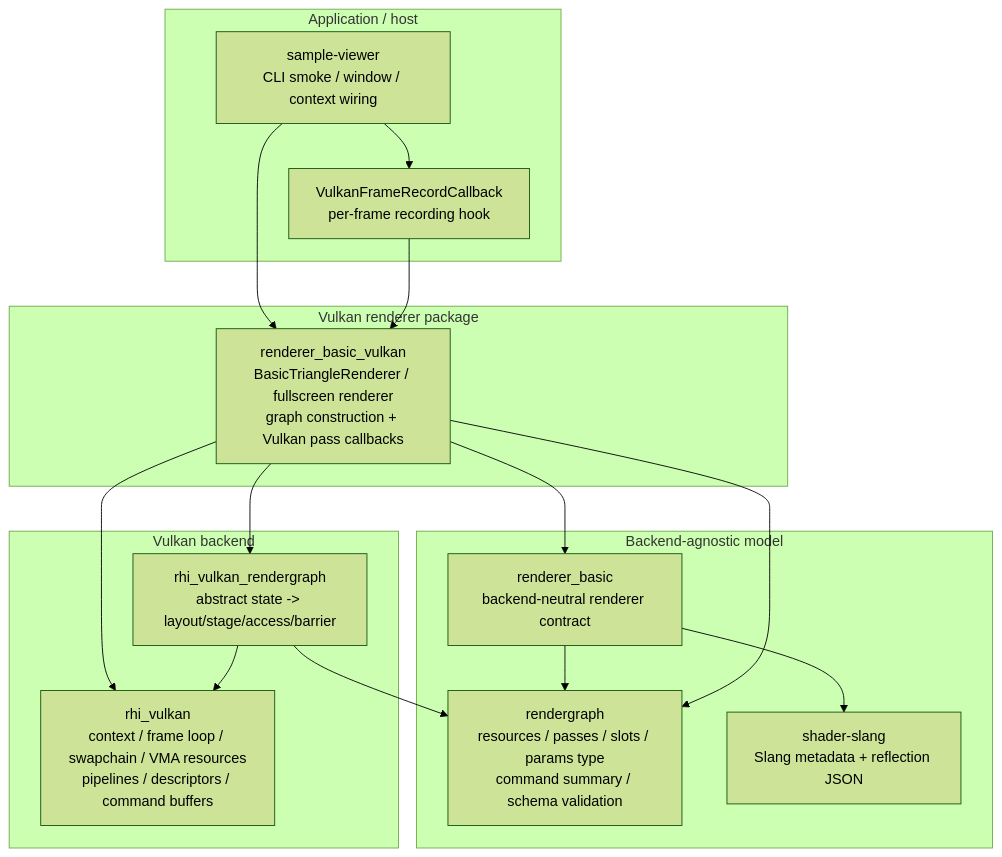
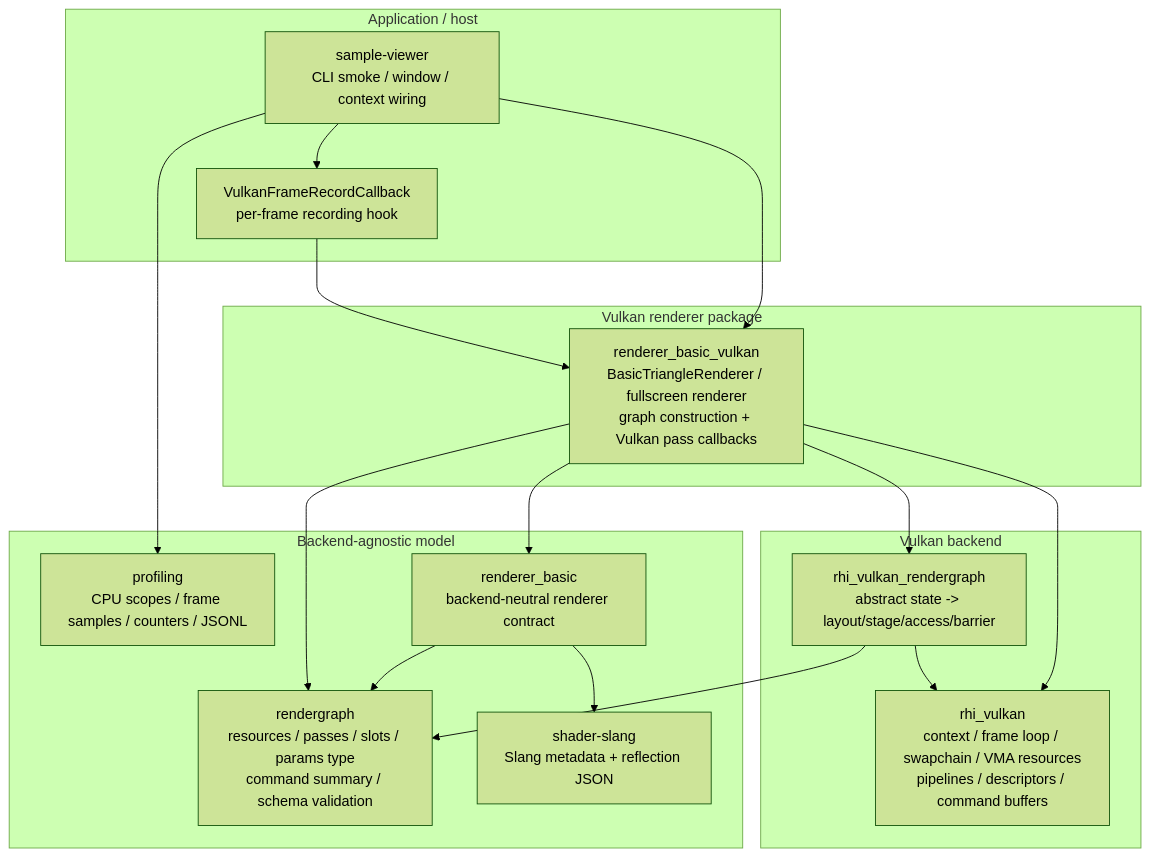
One commit to 66six11/Engine changed the second of 14 diagrams in docs/flow-architecture.md. Above: the diagram before and after it, drawn with Mermaid (forest theme). The commit also changed other lines of this file and 11 other files, not shown here.

Commit message:
feat(profiling): add render graph benchmark substrate

````diff
--- a/docs/flow-architecture.md
+++ b/docs/flow-architecture.md
@@ -61,34 +64,36 @@
 ```mermaid
 flowchart TB
     subgraph AppLayer["Application / host"]
         SampleViewer["sample-viewer<br/>CLI smoke / window / context wiring"]
         FrameCallback["VulkanFrameRecordCallback<br/>per-frame recording hook"]
     end
 
     subgraph AbstractLayer["Backend-agnostic model"]
         RenderGraph["rendergraph<br/>resources / passes / slots / params type<br/>command summary / schema validation"]
+        Profiling["profiling<br/>CPU scopes / frame samples / counters / JSONL"]
         RendererBasic["renderer_basic<br/>backend-neutral renderer contract"]
         ShaderSlang["shader-slang<br/>Slang metadata + reflection JSON"]
     end
 
     subgraph VulkanRendererLayer["Vulkan renderer package"]
         RendererBasicVk["renderer_basic_vulkan<br/>BasicTriangleRenderer / fullscreen renderer<br/>graph construction + Vulkan pass callbacks"]
     end
 
     subgraph VulkanBackendLayer["Vulkan backend"]
         RhiVkRG["rhi_vulkan_rendergraph<br/>abstract state -> layout/stage/access/barrier"]
         RhiVk["rhi_vulkan<br/>context / frame loop / swapchain / VMA resources<br/>pipelines / descriptors / command buffers"]
     end
 
     SampleViewer --> FrameCallback
+    SampleViewer --> Profiling
     SampleViewer --> RendererBasicVk
     RendererBasic --> RenderGraph
     RendererBasic --> ShaderSlang
     RendererBasicVk --> RendererBasic
     RendererBasicVk --> RenderGraph
     RendererBasicVk --> RhiVkRG
     RendererBasicVk --> RhiVk
     FrameCallback --> RendererBasicVk
     RhiVkRG --> RenderGraph
     RhiVkRG --> RhiVk
 ```
````
